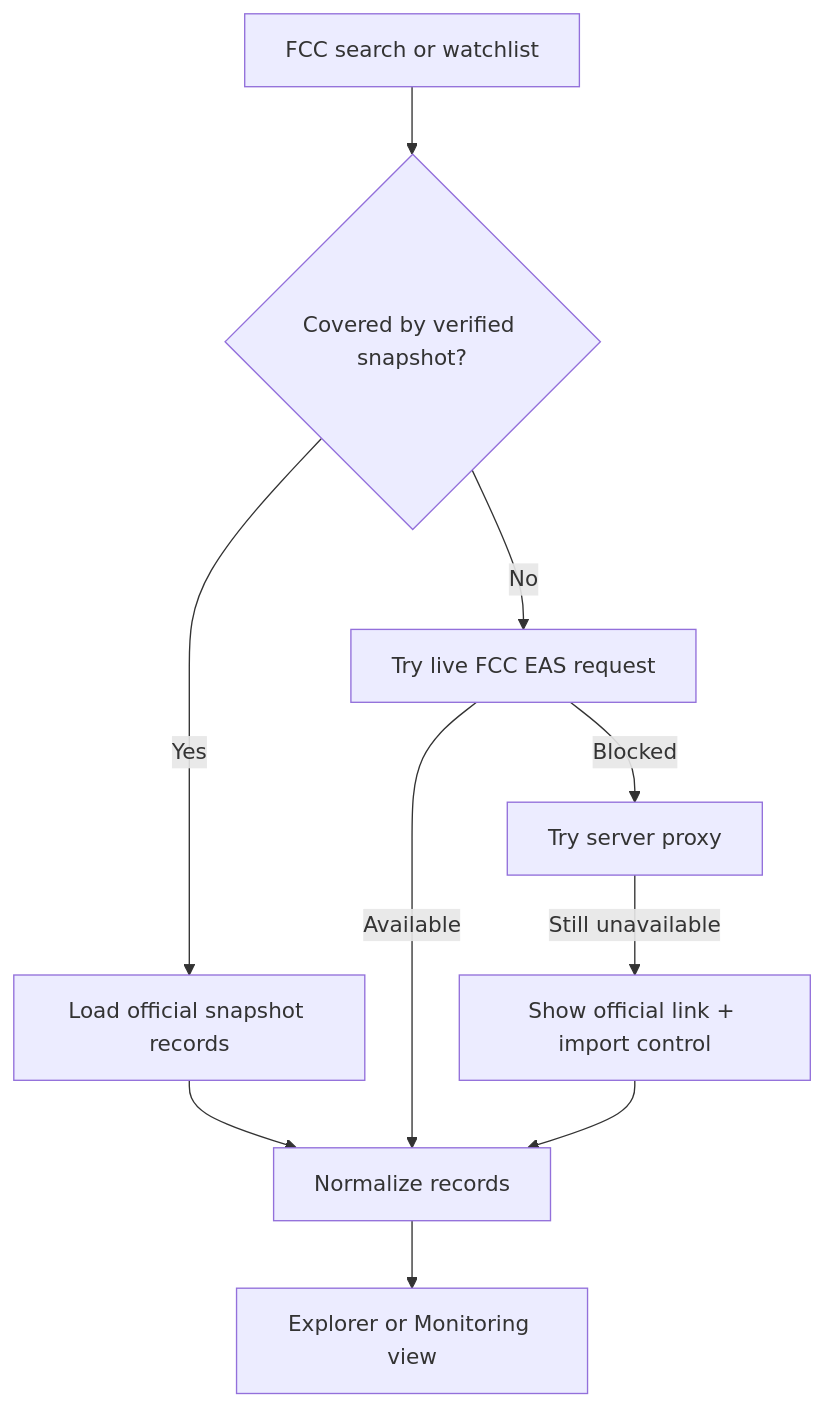
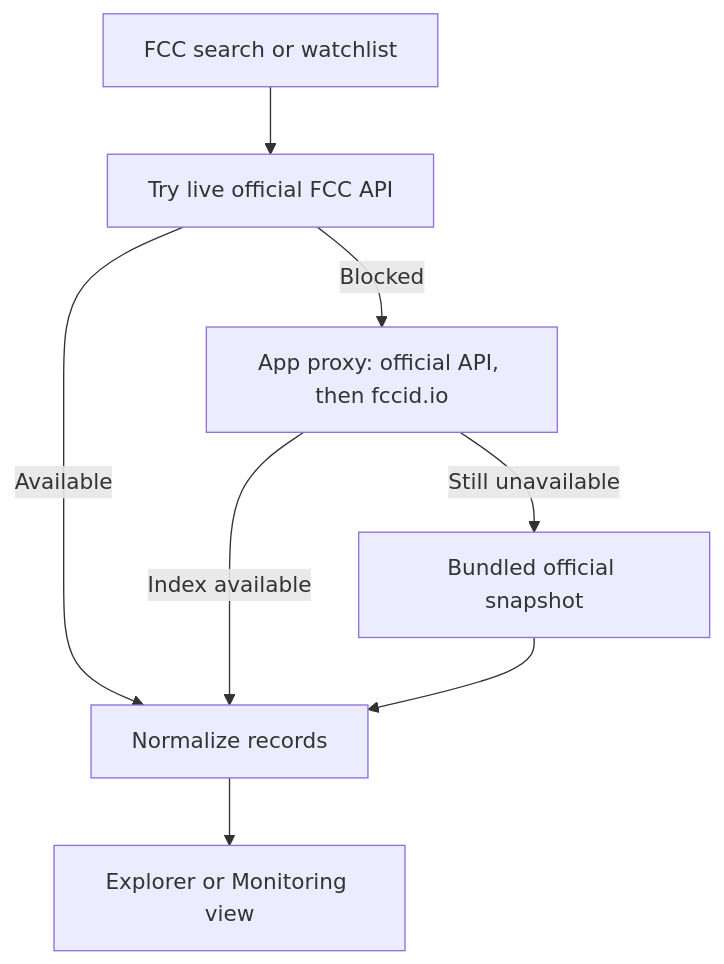
One commit to ahmedbins/fda_device changed the third of 3 diagrams in README.md. Above: the diagram before and after it, drawn with Mermaid. The commit also changed 8 other files, not shown here.

First line of the commit message:
Load FCC records live from fccid.io when the official API is blocked

````diff
--- a/README.md
+++ b/README.md
@@ -122,12 +122,10 @@
 ```mermaid
 flowchart TD
-  U["FCC search or watchlist"] --> C{"Covered by verified snapshot?"}
-  C -->|Yes| S["Load official snapshot records"]
-  C -->|No| L["Try live FCC EAS request"]
+  U["FCC search or watchlist"] --> L["Try live official FCC API"]
   L -->|Available| N["Normalize records"]
-  L -->|Blocked| P["Try server proxy"]
-  P -->|Still unavailable| I["Show official link + import control"]
+  L -->|Blocked| P["App proxy: official API, then fccid.io"]
+  P -->|Index available| N
+  P -->|Still unavailable| S["Bundled official snapshot"]
   S --> N
-  I --> N
   N --> V["Explorer or Monitoring view"]
 ```
````
